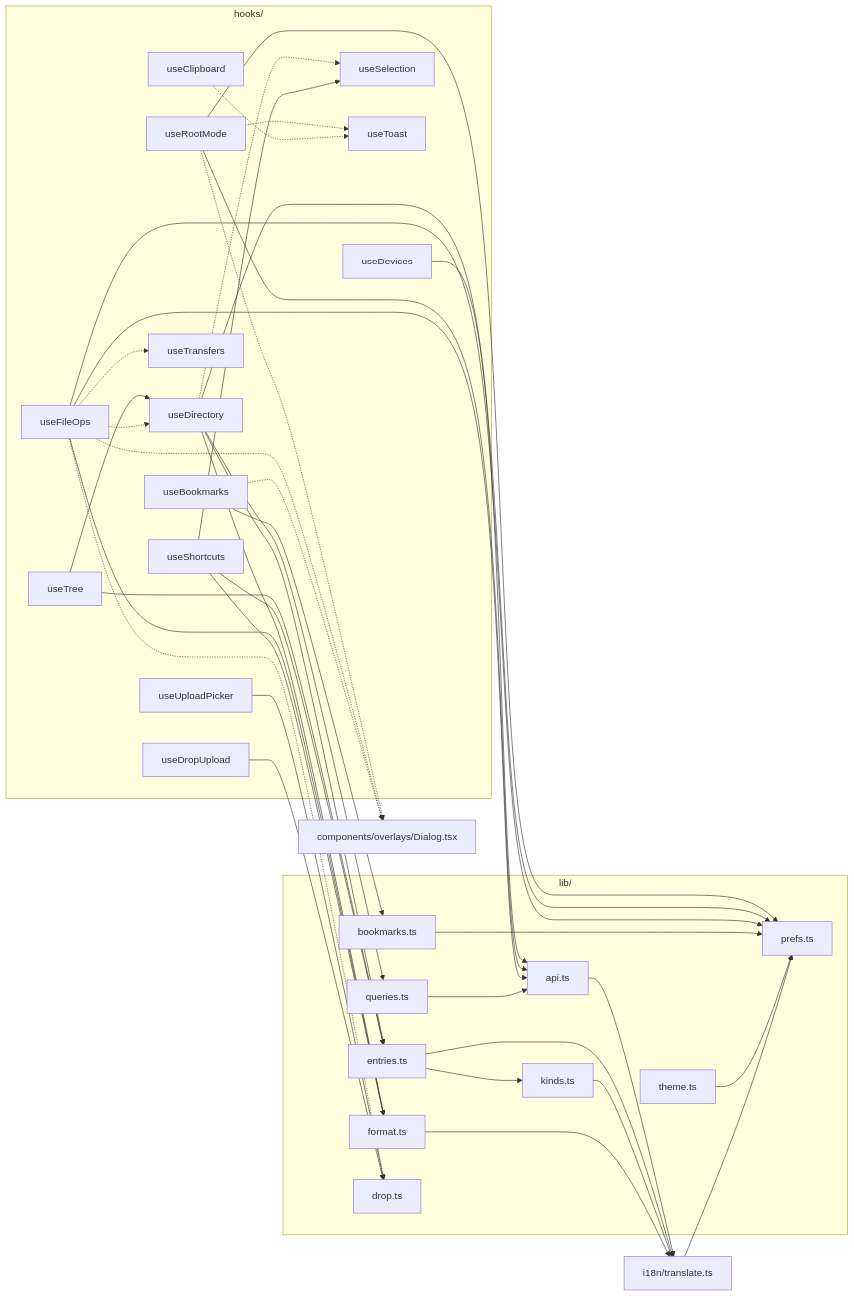
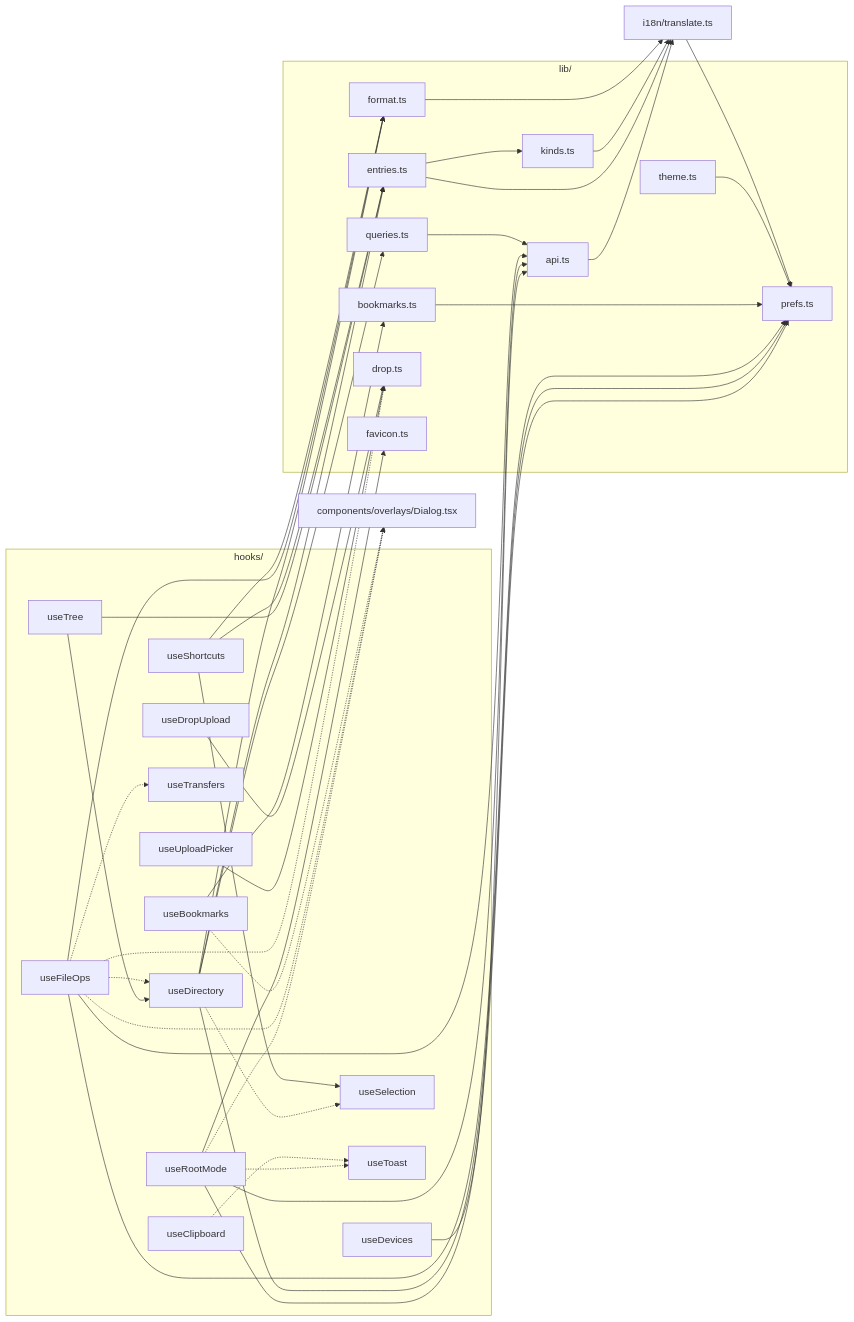
Before and after one commit to wynnyu/adb-file-manager: the sixth of 10 diagrams in docs/architecture.md, drawn with Mermaid. The commit also changed other lines of this file and 8 other files, not shown here.

Commit message:
Turn the tab icon red in root mode instead of prefixing the title with a warning sign

````diff
--- a/docs/architecture.md
+++ b/docs/architecture.md
@@ -174,71 +174,73 @@
 ```mermaid
 flowchart LR
   subgraph hooks["hooks/"]
     useDevices
     useRootMode
     useSelection
     useDirectory
     useTree
     useFileOps
     useClipboard
     useBookmarks
     useTransfers
     useToast
     useShortcuts
     useUploadPicker
     useDropUpload
   end
 
   subgraph lib["lib/"]
     api["api.ts"]
     queries["queries.ts"]
     entries["entries.ts"]
     kinds["kinds.ts"]
     format["format.ts"]
     prefs["prefs.ts"]
     bookmarks["bookmarks.ts"]
     drop["drop.ts"]
     theme["theme.ts"]
+    favicon["favicon.ts"]
   end
 
   translate["i18n/translate.ts"]
   Dialog["components/overlays/Dialog.tsx"]
 
   useDevices --> api
   useRootMode --> api
   useRootMode --> prefs
+  useRootMode --> favicon
   useRootMode -.-> useToast
   useRootMode -.-> Dialog
   useDirectory --> queries
   useDirectory --> entries
   useDirectory --> format
   useDirectory --> prefs
   useDirectory -.-> useSelection
   useTree --> useDirectory
   useTree --> entries
   useFileOps --> api
   useFileOps --> format
   useFileOps --> prefs
   useFileOps -.-> useDirectory
   useFileOps -.-> useTransfers
   useFileOps -.-> drop
   useFileOps -.-> Dialog
   useClipboard -.-> useToast
   useBookmarks --> bookmarks
   useBookmarks -.-> Dialog
   useShortcuts --> useSelection
   useShortcuts --> entries
   useShortcuts --> format
   useUploadPicker --> drop
   useDropUpload --> drop
 
   queries --> api
   api --> translate
   entries --> kinds
   entries --> translate
   kinds --> translate
   format --> translate
   bookmarks --> prefs
   theme --> prefs
   translate --> prefs
 ```
````
